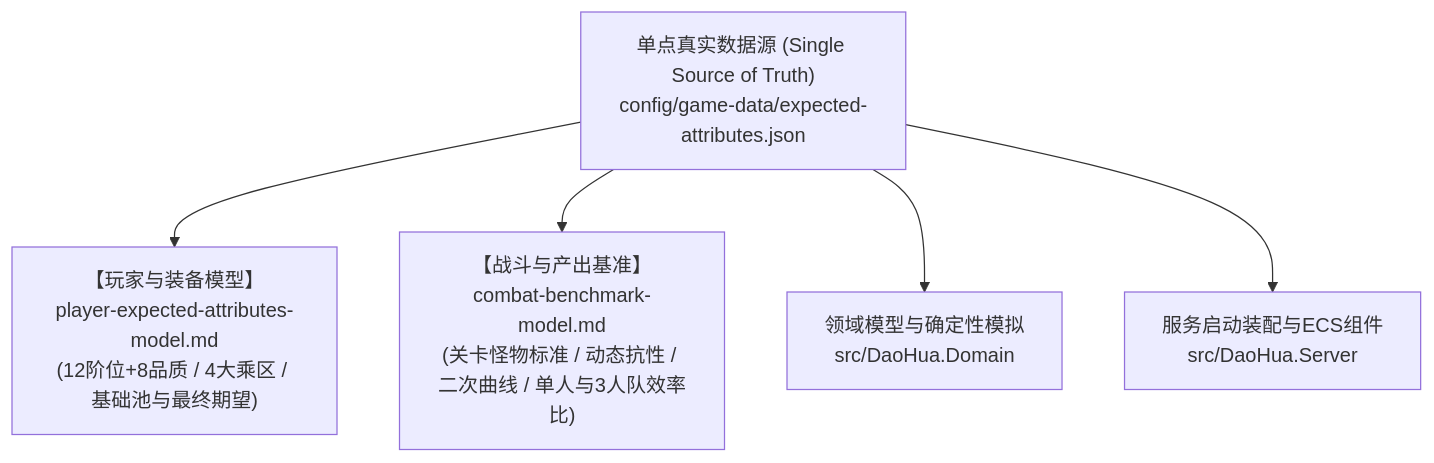
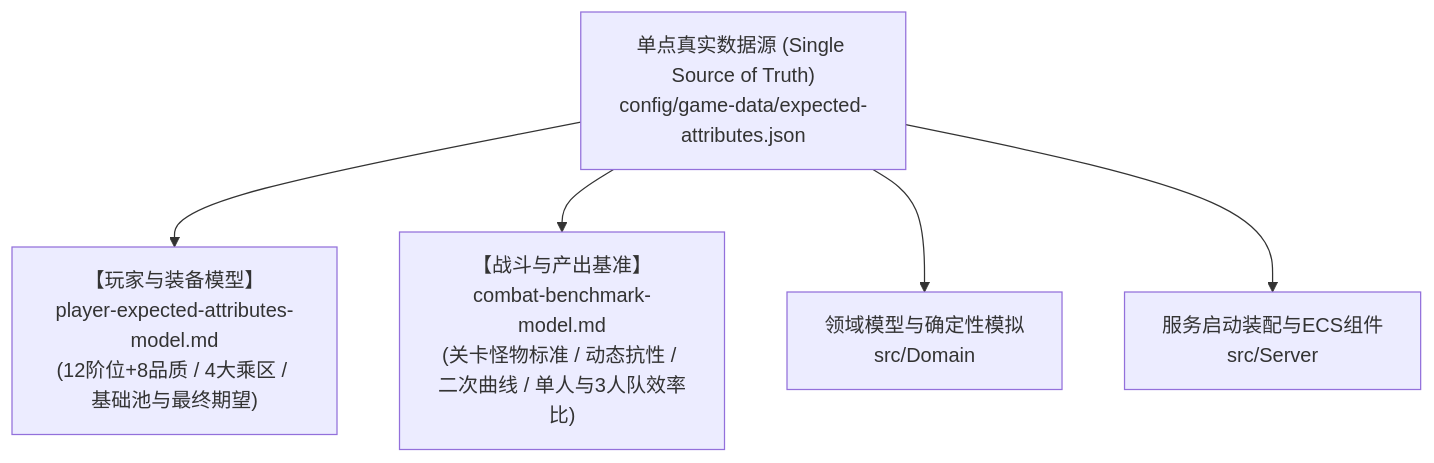
Before and after one commit to fruktoguo/daohua: the diagram in docs/design/game-data.md, drawn with Mermaid. The commit also changed other lines of this file and 180 other files, not shown here.

````diff
--- a/docs/design/game-data.md
+++ b/docs/design/game-data.md
@@ -23,13 +23,13 @@
 ```mermaid
 flowchart TD
     Config["单点真实数据源 (Single Source of Truth)<br>config/game-data/expected-attributes.json"]
     
     Doc1["【玩家与装备模型】<br>player-expected-attributes-model.md<br>(12阶位+8品质 / 4大乘区 / 基础池与最终期望)"]
     Doc2["【战斗与产出基准】<br>combat-benchmark-model.md<br>(关卡怪物标准 / 动态抗性 / 二次曲线 / 单人与3人队效率比)"]
     
-    Domain["领域模型与确定性模拟<br>src/DaoHua.Domain"]
-    Server["服务启动装配与ECS组件<br>src/DaoHua.Server"]
+    Domain["领域模型与确定性模拟<br>src/Domain"]
+    Server["服务启动装配与ECS组件<br>src/Server"]
     
     Config --> Doc1 & Doc2
     Config --> Domain & Server
 ```
````
